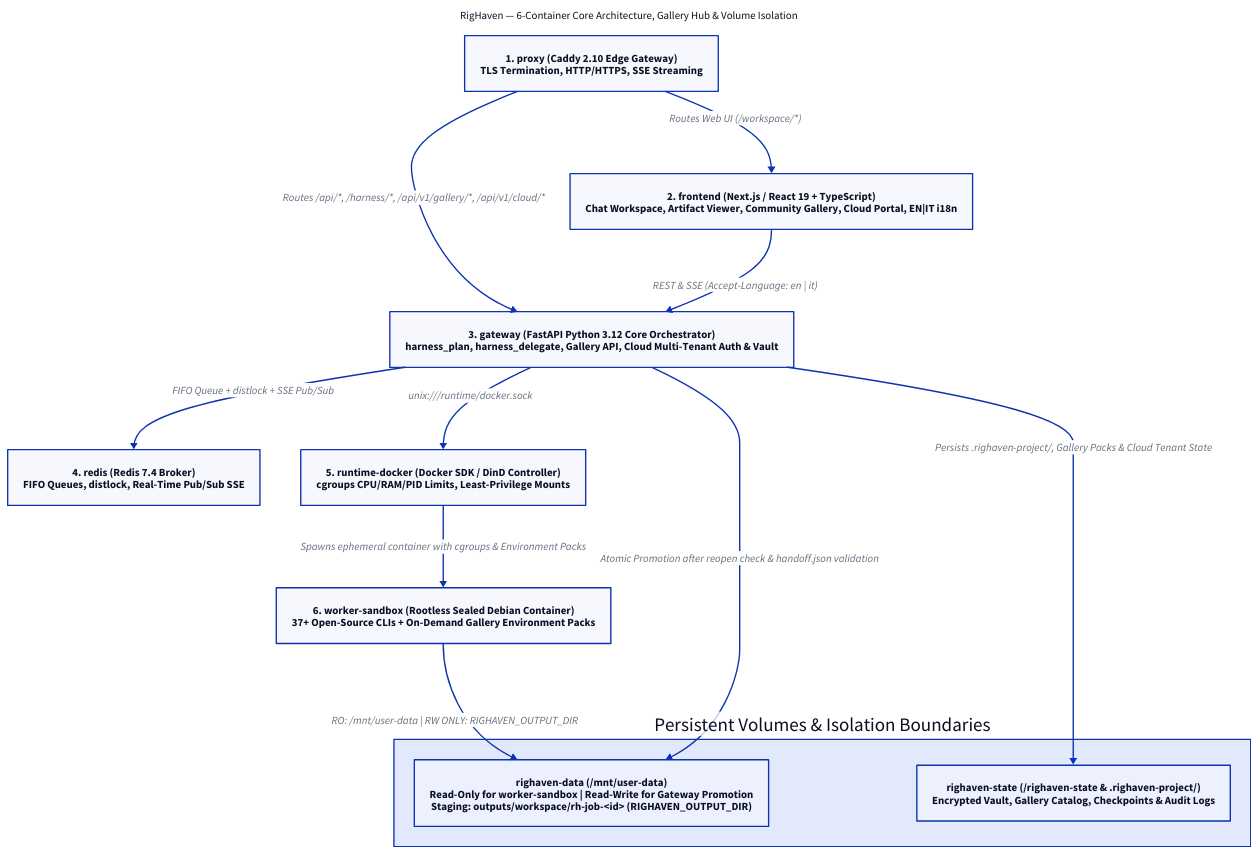
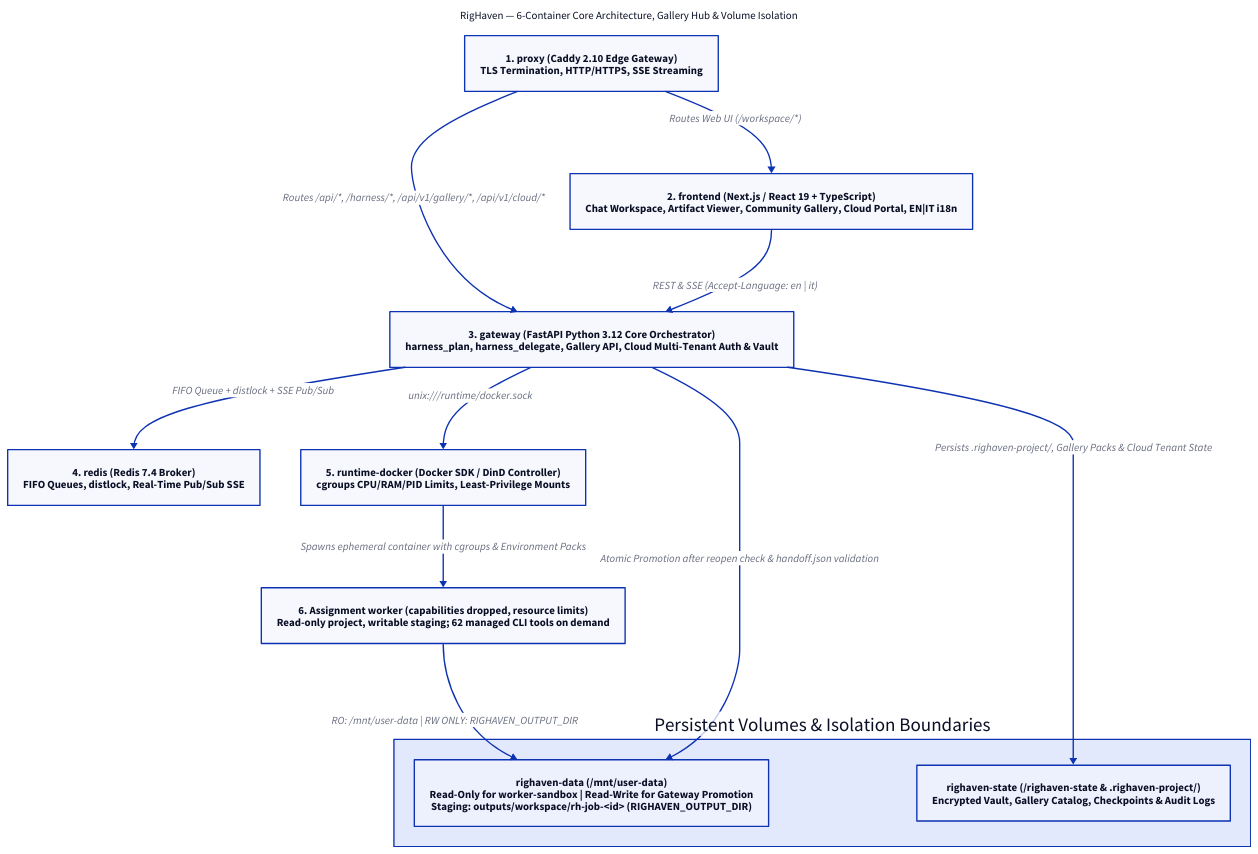
The diagram in docs/c4/righaven_containers.d2 (ggmm82/righaven), drawn with D2 before and after one commit. The commit also changed 8 other files, not shown here.

First line of the commit message:
Add the RigHaven teaser and update README and architecture docs

```diff
--- a/docs/c4/righaven_containers.d2
+++ b/docs/c4/righaven_containers.d2
@@ -1,29 +1,29 @@
 direction: down
 
 title: {
   label: "RigHaven — 6-Container Core Architecture, Gallery Hub & Volume Isolation"
   near: top-center
   shape: text
 }
 
 proxy: "1. proxy (Caddy 2.10 Edge Gateway)\nTLS Termination, HTTP/HTTPS, SSE Streaming"
 frontend: "2. frontend (Next.js / React 19 + TypeScript)\nChat Workspace, Artifact Viewer, Community Gallery, Cloud Portal, EN|IT i18n"
 gateway: "3. gateway (FastAPI Python 3.12 Core Orchestrator)\nharness_plan, harness_delegate, Gallery API, Cloud Multi-Tenant Auth & Vault"
 redis: "4. redis (Redis 7.4 Broker)\nFIFO Queues, distlock, Real-Time Pub/Sub SSE"
 runtime_docker: "5. runtime-docker (Docker SDK / DinD Controller)\ncgroups CPU/RAM/PID Limits, Least-Privilege Mounts"
-worker_sandbox: "6. worker-sandbox (Rootless Sealed Debian Container)\n37+ Open-Source CLIs + On-Demand Gallery Environment Packs"
+worker_sandbox: "6. Assignment worker (capabilities dropped, resource limits)\nRead-only project, writable staging; 62 managed CLI tools on demand"
 
 volumes: "Persistent Volumes & Isolation Boundaries" {
   righaven_data: "righaven-data (/mnt/user-data)\nRead-Only for worker-sandbox | Read-Write for Gateway Promotion\nStaging: outputs/workspace/rh-job-<id> (RIGHAVEN_OUTPUT_DIR)"
   righaven_state: "righaven-state (/righaven-state & .righaven-project/)\nEncrypted Vault, Gallery Catalog, Checkpoints & Audit Logs"
 }
 
 proxy -> frontend: "Routes Web UI (/workspace/*)"
 proxy -> gateway: "Routes /api/*, /harness/*, /api/v1/gallery/*, /api/v1/cloud/*"
 frontend -> gateway: "REST & SSE (Accept-Language: en | it)"
 gateway -> redis: "FIFO Queue + distlock + SSE Pub/Sub"
 gateway -> runtime_docker: "unix:///runtime/docker.sock"
 runtime_docker -> worker_sandbox: "Spawns ephemeral container with cgroups & Environment Packs"
 worker_sandbox -> volumes.righaven_data: "RO: /mnt/user-data | RW ONLY: RIGHAVEN_OUTPUT_DIR"
 gateway -> volumes.righaven_data: "Atomic Promotion after reopen check & handoff.json validation"
 gateway -> volumes.righaven_state: "Persists .righaven-project/, Gallery Packs & Cloud Tenant State"
```
